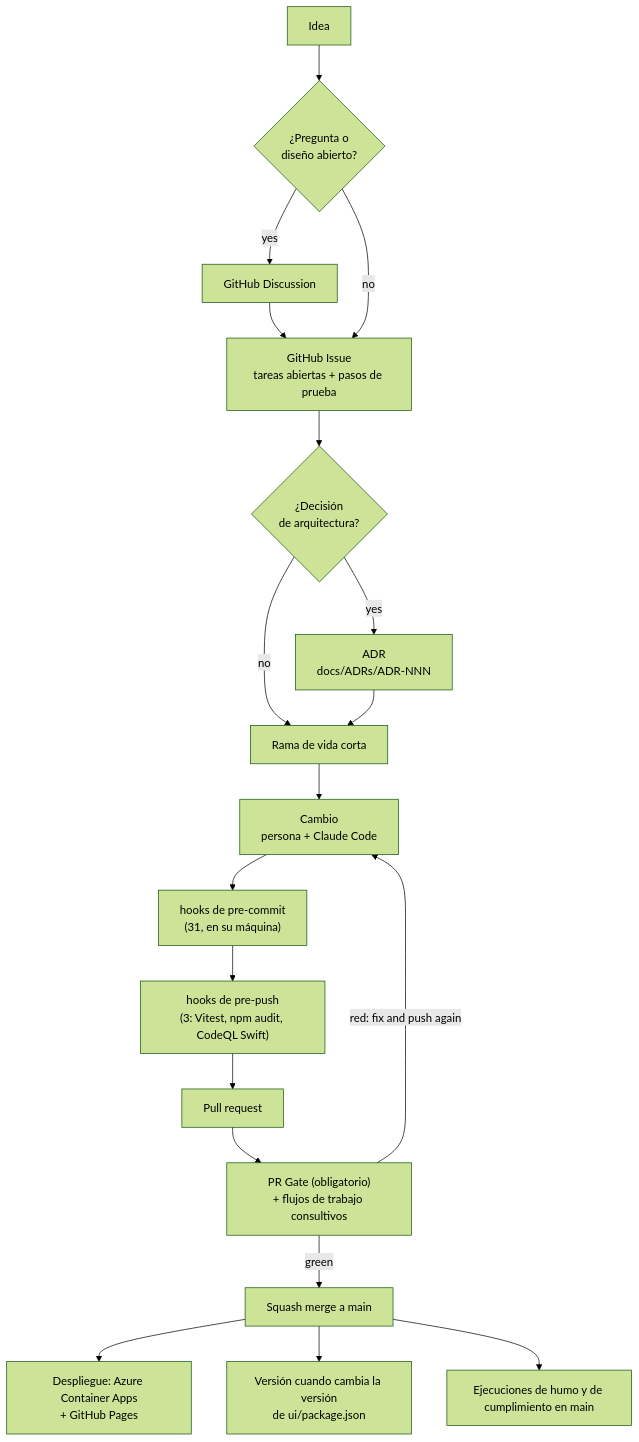
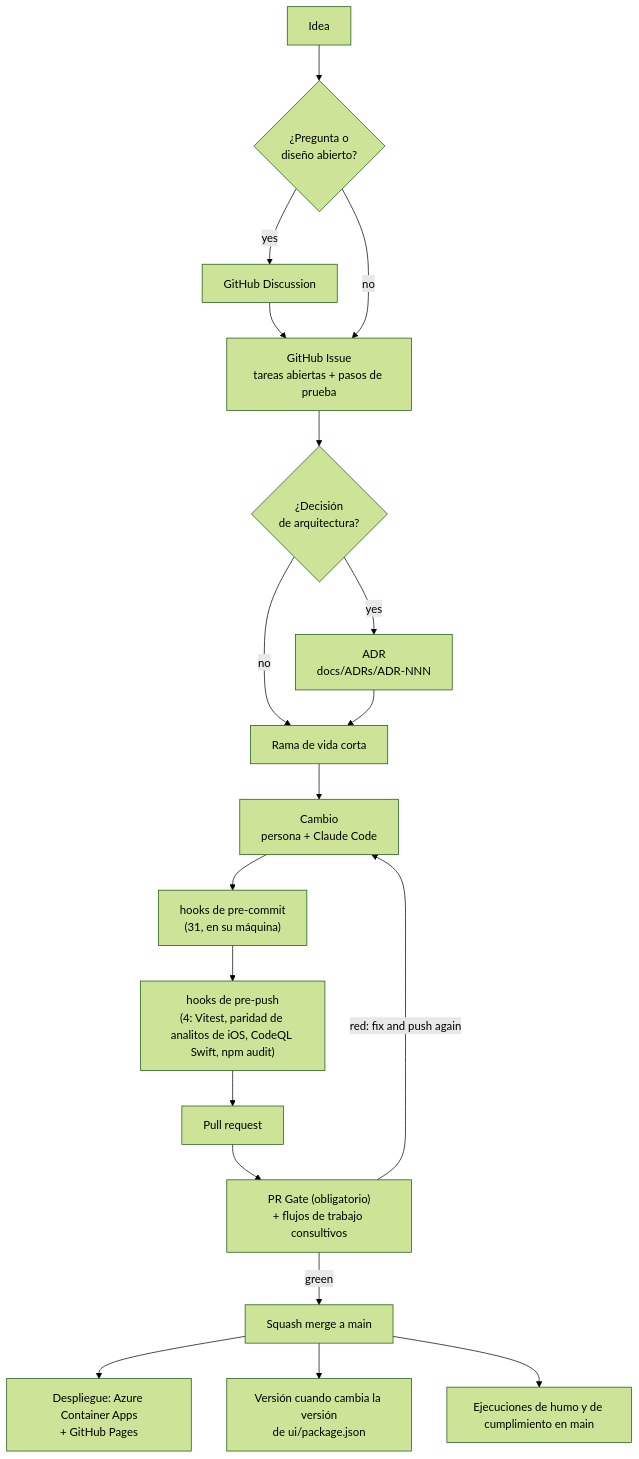
One commit to ma3u/MinimumViableHealthDataspacev2 changed the diagram in docs/i18n/es/SDLC.md. Above: the diagram before and after it, drawn with Mermaid (forest theme). The commit also changed other lines of this file and 56 other files, not shown here.

````diff
--- a/docs/i18n/es/SDLC.md
+++ b/docs/i18n/es/SDLC.md
@@ -72,21 +72,21 @@
 ```mermaid
 flowchart TD
     A["Idea"] --> Q{"¿Pregunta o<br/>diseño abierto?"}
     Q -- yes --> DI["GitHub Discussion"]
     DI --> I
     Q -- no --> I["GitHub Issue<br/>tareas abiertas + pasos de prueba"]
     I --> B{"¿Decisión<br/>de arquitectura?"}
     B -- yes --> C["ADR<br/>docs/ADRs/ADR-NNN"]
     B -- no --> D["Rama de vida corta"]
     C --> D
     D --> E["Cambio<br/>persona + Claude Code"]
     E --> F["hooks de pre-commit<br/>(31, en su máquina)"]
-    F --> P["hooks de pre-push<br/>(3: Vitest, npm audit, CodeQL Swift)"]
+    F --> P["hooks de pre-push<br/>(4: Vitest, paridad de analitos de iOS, CodeQL Swift, npm audit)"]
     P --> G["Pull request"]
     G --> H["PR Gate (obligatorio)<br/>+ flujos de trabajo consultivos"]
     H -- "red: fix and push again" --> E
     H -- "green" --> M["Squash merge a main"]
     M --> K["Despliegue: Azure Container Apps<br/>+ GitHub Pages"]
     M --> R["Versión cuando cambia la versión<br/>de ui/package.json"]
     M --> S["Ejecuciones de humo y de cumplimiento en main"]
 ```
````
